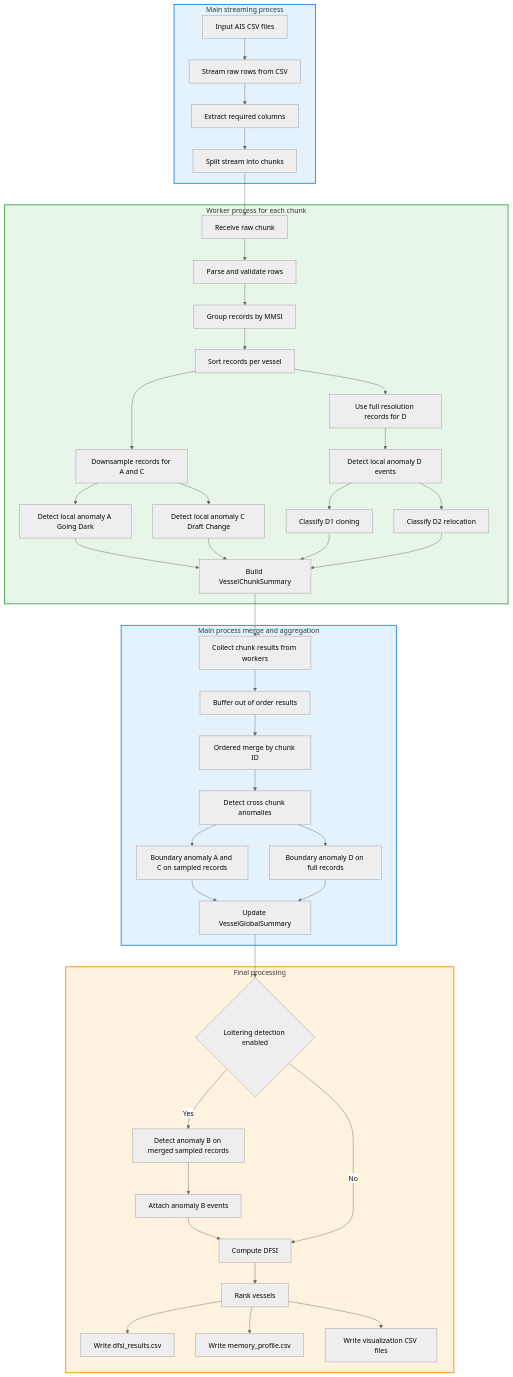
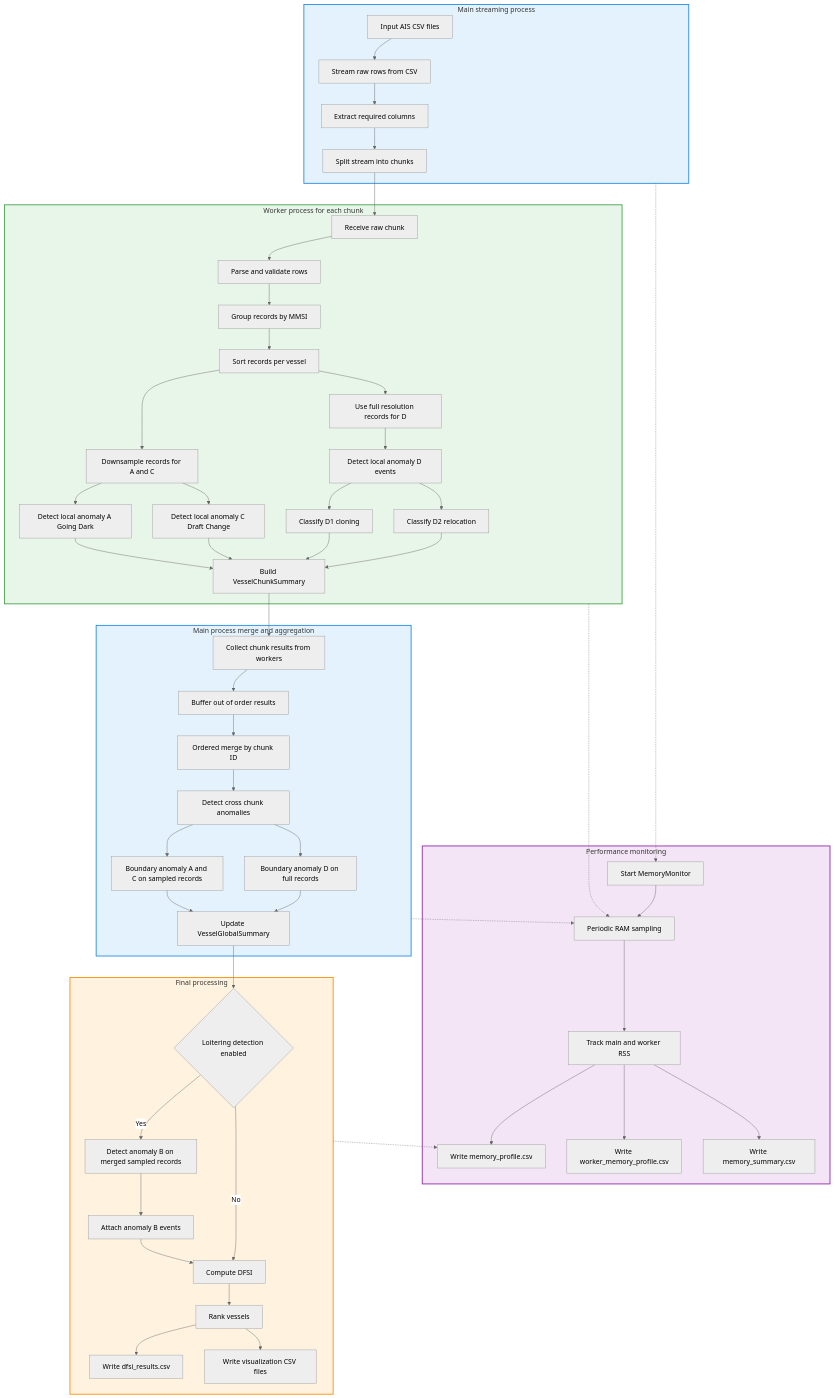
One commit to OnkarBasu/BigdataprojectVU changed the diagram in README.md. Above: the diagram before and after it, drawn with Mermaid (neutral theme). The commit also changed other lines of this file, not shown here.

````diff
--- a/README.md
+++ b/README.md
@@ -74,8 +74,16 @@
         W[Compute DFSI]
         X[Rank vessels]
         Y[Write dfsi_results.csv]
-        Z[Write memory_profile.csv]
-        AA[Write visualization CSV files]
+        Z[Write visualization CSV files]
+    end
+
+    subgraph PERF[Performance monitoring]
+        PM1[Start MemoryMonitor]
+        PM2[Periodic RAM sampling]
+        PM3[Track main and worker RSS]
+        PM4[Write memory_profile.csv]
+        PM5[Write worker_memory_profile.csv]
+        PM6[Write memory_summary.csv]
     end
 
     A --> B --> C --> D --> E
@@ -102,13 +110,23 @@
     T -->|No| W
     W --> X --> Y
     X --> Z
-    X --> AA
+
+    MP1 -.-> PM1
+    WP -.-> PM2
+    MP2 -.-> PM2
+    FP -.-> PM4
+    PM1 --> PM2 --> PM3
+    PM3 --> PM4
+    PM3 --> PM5
+    PM3 --> PM6
 
     classDef main fill:#e3f2fd,stroke:#1e88e5,stroke-width:2px;
     classDef worker fill:#e8f5e9,stroke:#43a047,stroke-width:2px;
     classDef final fill:#fff3e0,stroke:#fb8c00,stroke-width:2px;
+    classDef perf fill:#f3e5f5,stroke:#8e24aa,stroke-width:2px;
 
     class MP1,MP2 main;
     class WP worker;
     class FP final;
+    class PERF perf;
 ```
````
